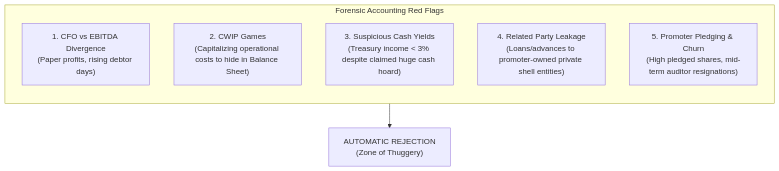
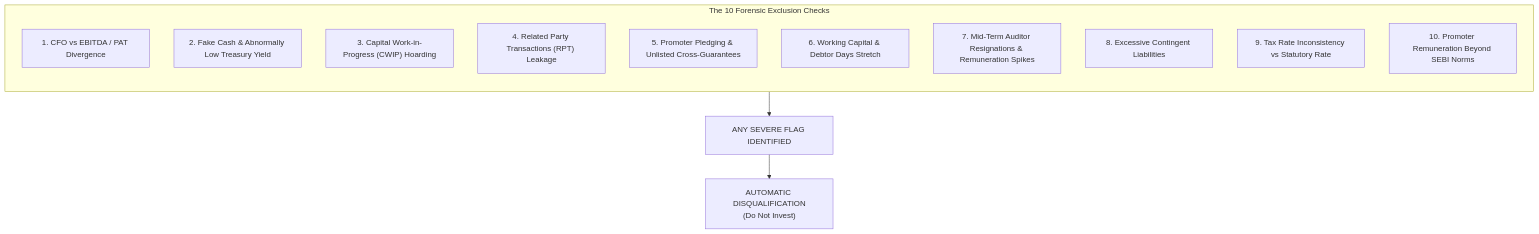
The seventh of 11 diagrams in quantopian/basics/multibagger.md (honba-labs/meta), drawn with Mermaid before and after one commit. The commit also changed other lines of this file and 1 other file, not shown here.

````diff
--- a/quantopian/basics/multibagger.md
+++ b/quantopian/basics/multibagger.md
@@ -129,12 +206,17 @@
 ```mermaid
 flowchart TD
-    subgraph Shenanigans["Forensic Accounting Red Flags"]
+    subgraph ForensicFunnel["The 10 Forensic Exclusion Checks"]
         direction TB
-        R1["1. CFO vs EBITDA Divergence<br/>(Paper profits, rising debtor days)"]
-        R2["2. CWIP Games<br/>(Capitalizing operational costs to hide in Balance Sheet)"]
-        R3["3. Suspicious Cash Yields<br/>(Treasury income < 3% despite claimed huge cash hoard)"]
-        R4["4. Related Party Leakage<br/>(Loans/advances to promoter-owned private shell entities)"]
-        R5["5. Promoter Pledging & Churn<br/>(High pledged shares, mid-term auditor resignations)"]
+        F1["1. CFO vs EBITDA / PAT Divergence"]
+        F2["2. Fake Cash & Abnormally Low Treasury Yield"]
+        F3["3. Capital Work-in-Progress (CWIP) Hoarding"]
+        F4["4. Related Party Transactions (RPT) Leakage"]
+        F5["5. Promoter Pledging & Unlisted Cross-Guarantees"]
+        F6["6. Working Capital & Debtor Days Stretch"]
+        F7["7. Mid-Term Auditor Resignations & Remuneration Spikes"]
+        F8["8. Excessive Contingent Liabilities"]
+        F9["9. Tax Rate Inconsistency vs Statutory Rate"]
+        F10["10. Promoter Remuneration Beyond SEBI Norms"]
     end
-    Shenanigans --> Out["AUTOMATIC REJECTION<br/>(Zone of Thuggery)"]
+    ForensicFunnel --> Fail["ANY SEVERE FLAG IDENTIFIED"] --> Reject["AUTOMATIC DISQUALIFICATION<br/>(Do Not Invest)"]
 ```
````
